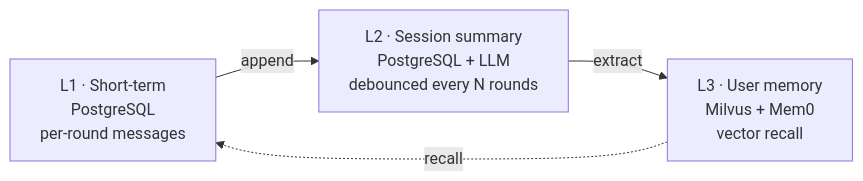
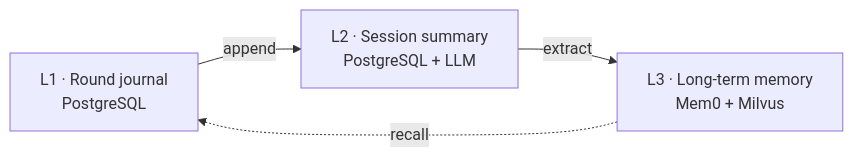
Before and after one commit to mcgrapeng/Thinkback: the diagram in README.md, drawn with Mermaid. The commit also changed other lines of this file and 37 other files, not shown here.

First line of the commit message:
feat: 开源发布准备 — 双语 README 重构 + MEMORY_LLM_KEY + 门禁修复

````diff
--- a/README.md
+++ b/README.md
@@ -132,9 +121,9 @@
 ```mermaid
 flowchart LR
-    L1["L1 · Short-term<br/>PostgreSQL<br/>per-round messages"]
-    L2["L2 · Session summary<br/>PostgreSQL + LLM<br/>debounced every N rounds"]
-    L3["L3 · User memory<br/>Milvus + Mem0<br/>vector recall"]
+    L1["L1 · Round journal<br/>PostgreSQL"]
+    L2["L2 · Session summary<br/>PostgreSQL + LLM"]
+    L3["L3 · Long-term memory<br/>Mem0 + Milvus"]
     L1 -->|append| L2
     L2 -->|extract| L3
     L3 -.->|recall| L1
 ```
````
